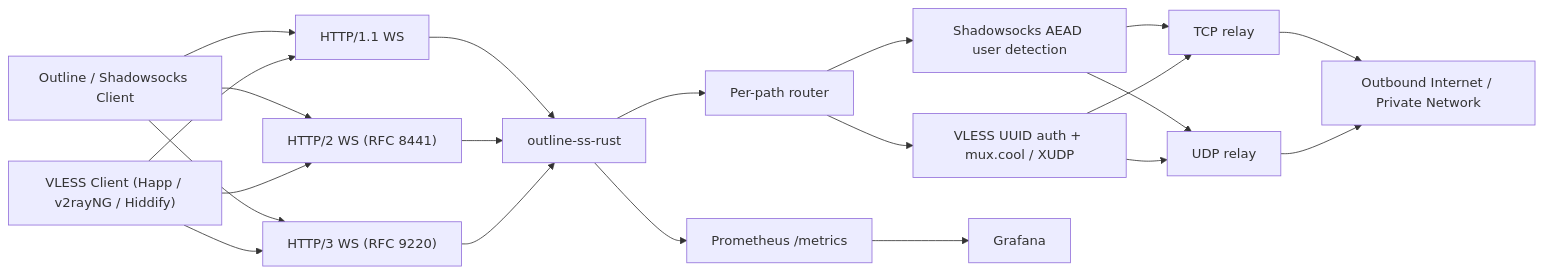
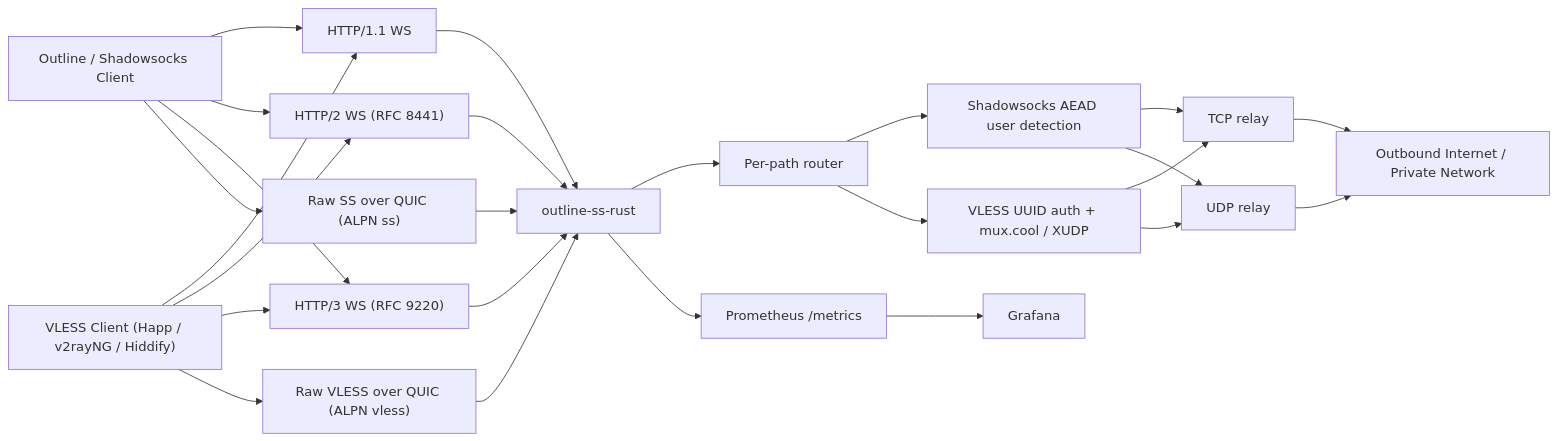
The diagram in ss/README.md (balookrd/outline-proxy), drawn with Mermaid before and after one commit. The commit also changed other lines of this file and 27 other files, not shown here.

First line of the commit message:
feat: raw VLESS and Shadowsocks over QUIC (no WebSocket)

````diff
--- a/ss/README.md
+++ b/ss/README.md
@@ -65,29 +68,33 @@
 ```mermaid
 flowchart LR
     SS["Outline / Shadowsocks Client"] --> H1["HTTP/1.1 WS"]
     SS --> H2["HTTP/2 WS (RFC 8441)"]
     SS --> H3["HTTP/3 WS (RFC 9220)"]
+    SS --> SSQ["Raw SS over QUIC (ALPN ss)"]
 
     VL["VLESS Client (Happ / v2rayNG / Hiddify)"] --> H1
     VL --> H2
     VL --> H3
+    VL --> VLQ["Raw VLESS over QUIC (ALPN vless)"]
 
     H1 --> S["outline-ss-rust"]
     H2 --> S
     H3 --> S
+    VLQ --> S
+    SSQ --> S
 
     S --> ROUTER["Per-path router"]
     ROUTER --> SSAUTH["Shadowsocks AEAD user detection"]
     ROUTER --> VLAUTH["VLESS UUID auth + mux.cool / XUDP"]
 
     SSAUTH --> TCP["TCP relay"]
     SSAUTH --> UDP["UDP relay"]
     VLAUTH --> TCP
     VLAUTH --> UDP
 
     TCP --> NET["Outbound Internet / Private Network"]
     UDP --> NET
 
     S --> METRICS["Prometheus /metrics"]
     METRICS --> G["Grafana"]
 ```
````
